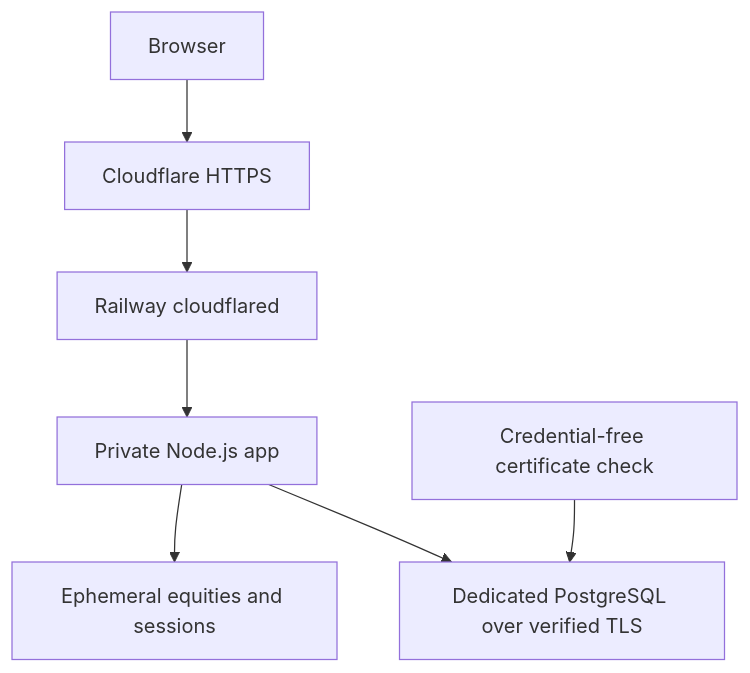
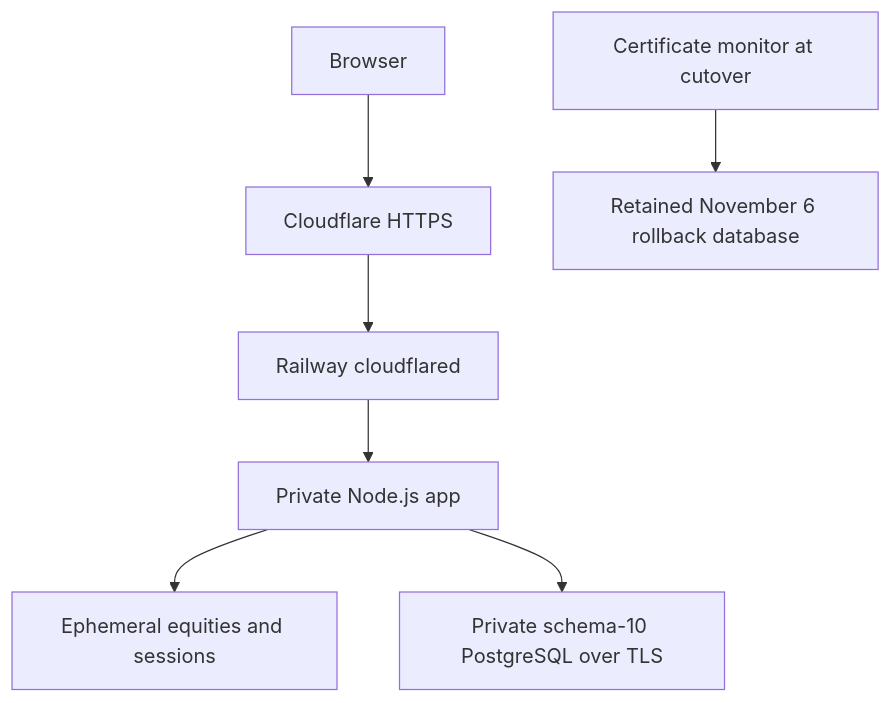
The diagram in docs/RAILWAY_PRODUCTION.md (farhan-shafee/institutional-trading-sdet-lab), drawn with Mermaid before and after one commit. The commit also changed other lines of this file and 13 other files, not shown here.

````diff
--- a/docs/RAILWAY_PRODUCTION.md
+++ b/docs/RAILWAY_PRODUCTION.md
@@ -7,9 +7,9 @@
 ```mermaid
 flowchart TD
   Browser["Browser"] --> Edge["Cloudflare HTTPS"]
   Edge --> Tunnel["Railway cloudflared"]
   Tunnel --> App["Private Node.js app"]
   App --> Books["Ephemeral equities and sessions"]
-  App --> Database["Dedicated PostgreSQL over verified TLS"]
-  Monitor["Credential-free certificate check"] --> Database
+  App --> Database["Private schema-10 PostgreSQL over TLS"]
+  Monitor["Certificate monitor at cutover"] --> Legacy["Retained November 6 rollback database"]
 ```
````
